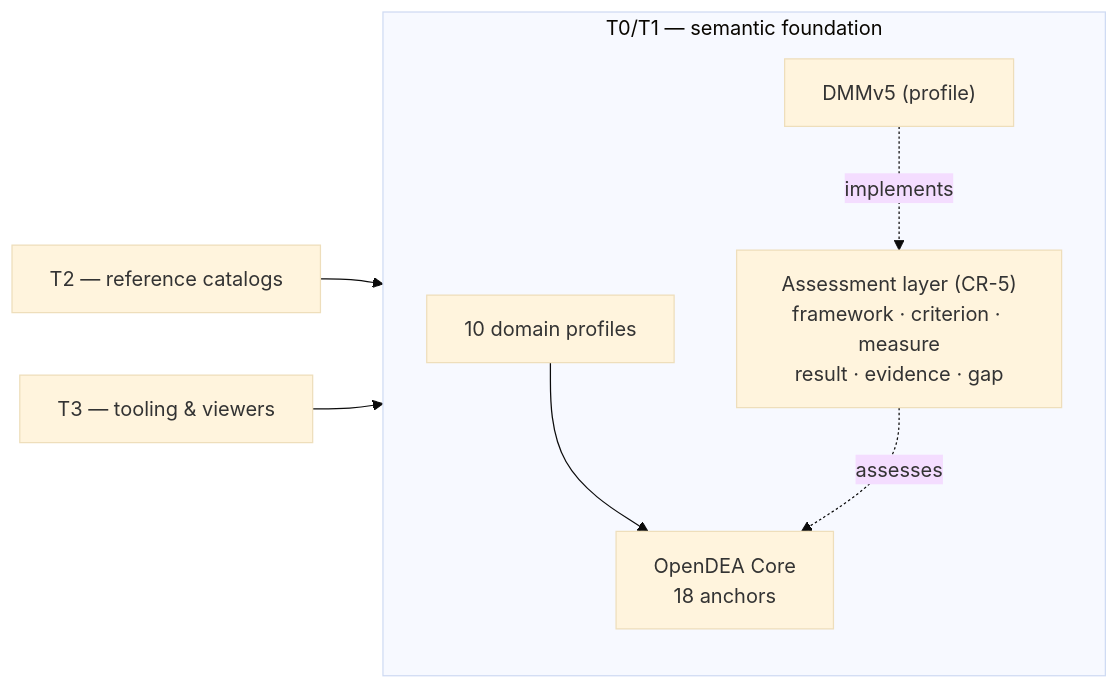
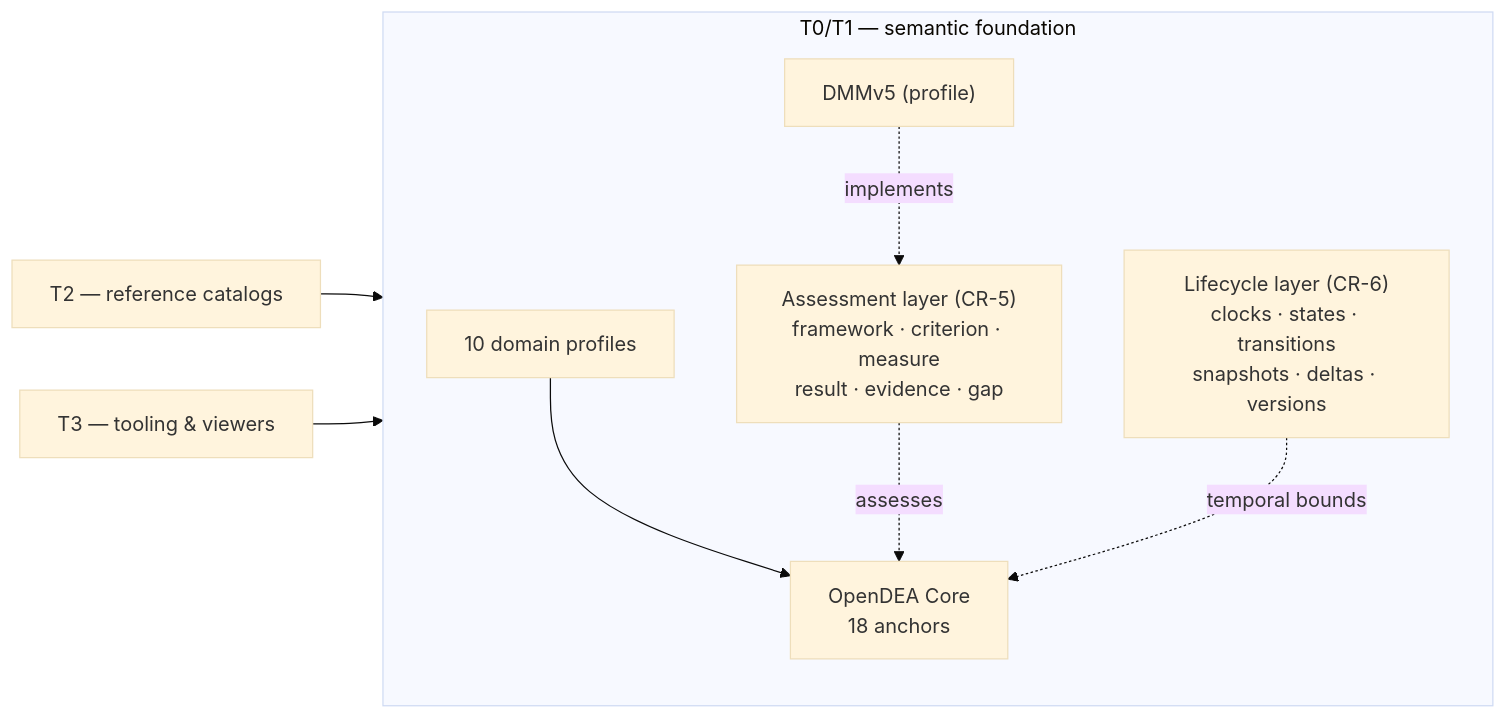
Before and after one commit to technehub-labs/.github: the diagram in profile/README.md, drawn with Mermaid (base theme). The commit also changed other lines of this file, not shown here.

Commit message:
docs: CR-6 row + lifecycle layer in org profile rationale (#4)

````diff
--- a/profile/README.md
+++ b/profile/README.md
@@ -47,14 +48,16 @@
 ```mermaid
 graph LR
     subgraph T0T1["T0/T1 — semantic foundation"]
         CORE["OpenDEA Core<br/>18 anchors"]
         PROF["10 domain profiles"]
         ASS["Assessment layer (CR-5)<br/>framework · criterion · measure<br/>result · evidence · gap"]
         DMM["DMMv5 (profile)"]
+        LFC["Lifecycle layer (CR-6)<br/>clocks · states · transitions<br/>snapshots · deltas · versions"]
     end
     T2["T2 — reference catalogs"] --> T0T1
     T3["T3 — tooling & viewers"] --> T0T1
     PROF --> CORE
     DMM -. implements .-> ASS
     ASS -. assesses .-> CORE
+    LFC -. temporal bounds .-> CORE
 ```
````
